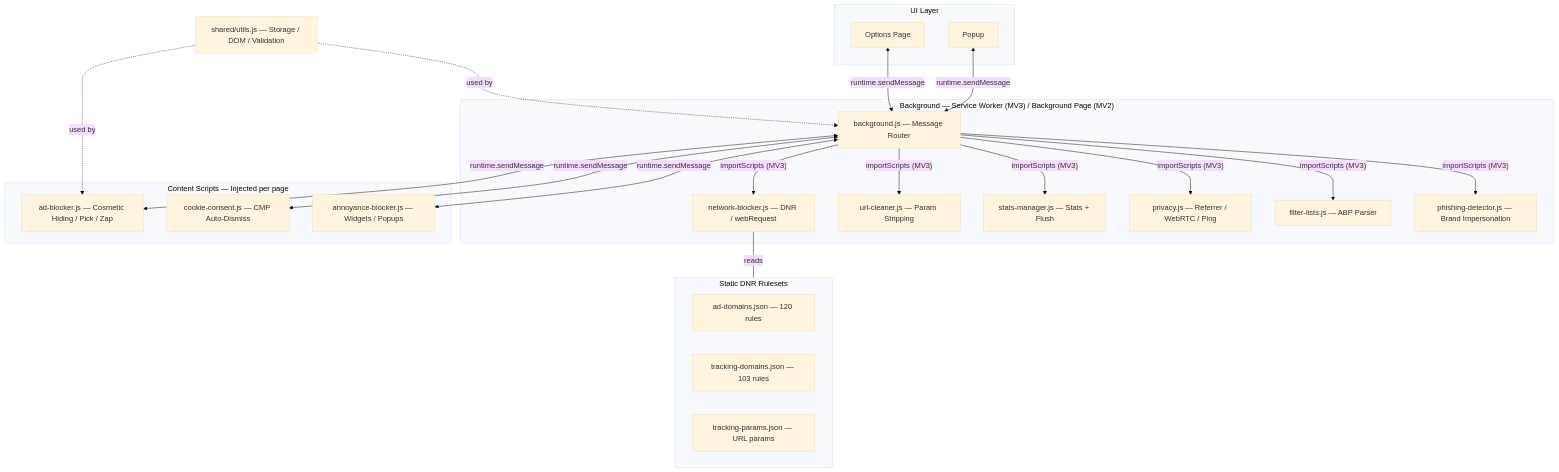
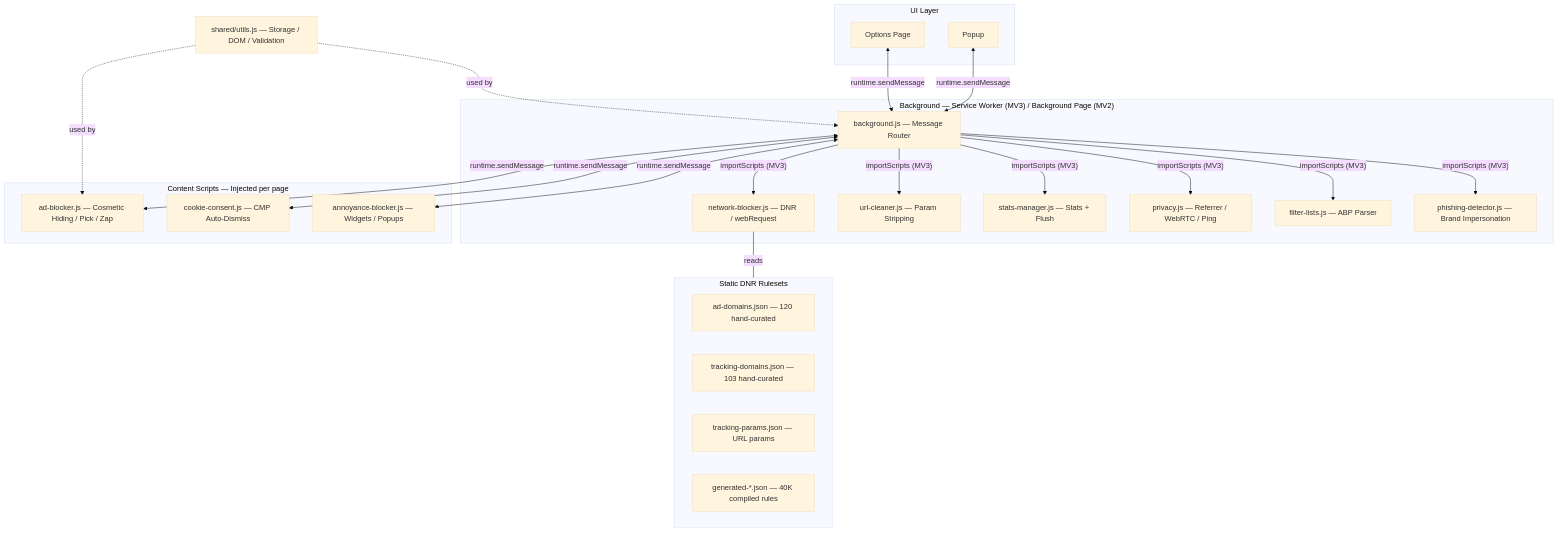
One commit to sriinnu/web-suddhi changed the diagram in README.md. Above: the diagram before and after it, drawn with Mermaid (base theme). The commit also changed other lines of this file and 3 other files, not shown here.

First line of the commit message:
Dark mode charts fix, README cleanup, CHANGELOG update, UI refresh

````diff
--- a/README.md
+++ b/README.md
@@ -374,38 +376,39 @@
 ```mermaid
 flowchart TB
     subgraph UI["UI Layer"]
         popup["Popup"]
         options["Options Page"]
     end
 
     subgraph BG["Background — Service Worker (MV3) / Background Page (MV2)"]
         router["background.js — Message Router"]
         nb["network-blocker.js — DNR / webRequest"]
         uc["url-cleaner.js — Param Stripping"]
         sm["stats-manager.js — Stats + Flush"]
         pr["privacy.js — Referrer / WebRTC / Ping"]
         fl["filter-lists.js — ABP Parser"]
         pd["phishing-detector.js — Brand Impersonation"]
     end
 
     subgraph CS["Content Scripts — Injected per page"]
         ab["ad-blocker.js — Cosmetic Hiding / Pick / Zap"]
         cc["cookie-consent.js — CMP Auto-Dismiss"]
         ann["annoyance-blocker.js — Widgets / Popups"]
     end
 
     subgraph Rules["Static DNR Rulesets"]
-        ad["ad-domains.json — 120 rules"]
-        tr["tracking-domains.json — 103 rules"]
+        ad["ad-domains.json — 120 hand-curated"]
+        tr["tracking-domains.json — 103 hand-curated"]
         tp["tracking-params.json — URL params"]
+        gen["generated-*.json — 40K compiled rules"]
     end
 
     utils["shared/utils.js — Storage / DOM / Validation"]
 
     popup & options <-->|"runtime.sendMessage"| router
     router -->|"importScripts (MV3)"| nb & uc & sm & pr & fl & pd
     router <-->|"runtime.sendMessage"| ab & cc & ann
     nb ---|"reads"| Rules
     utils -.->|"used by"| router
     utils -.->|"used by"| ab
 ```
````
